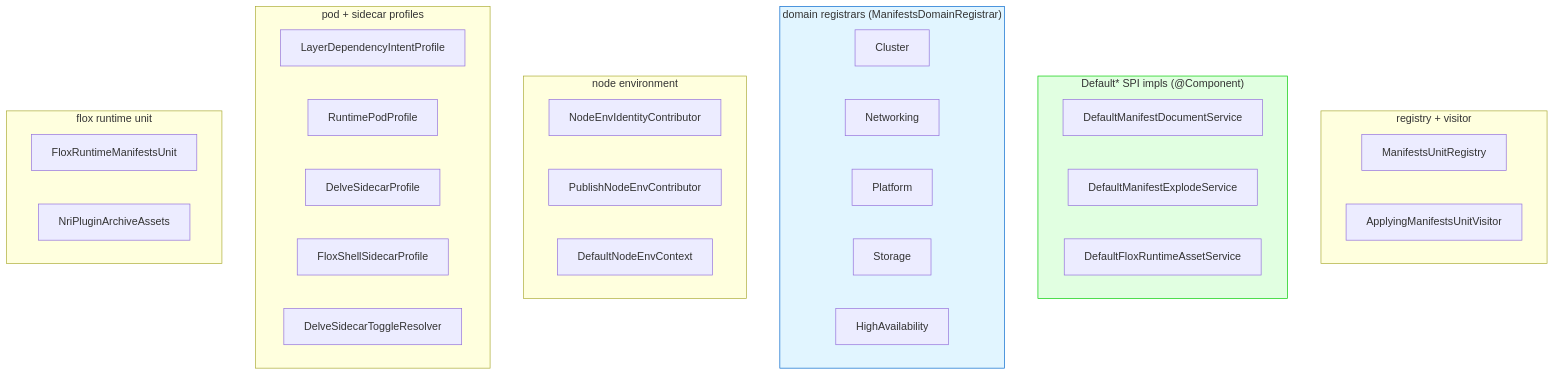
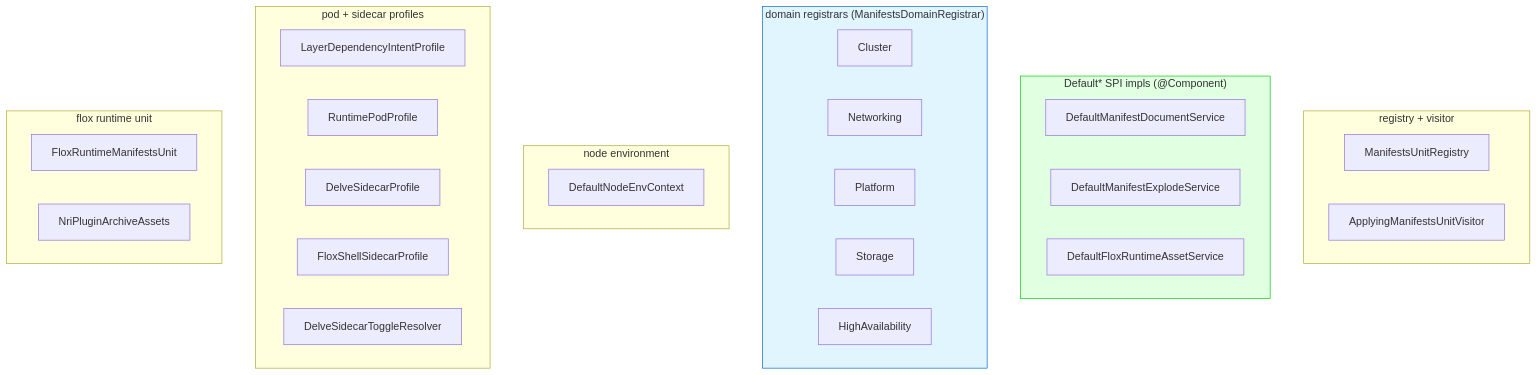
The sixth of 6 diagrams in docs/architecture/manifests/manifests-architecture.adoc (nxmatic/rke2lab), drawn with Mermaid before and after one commit. The commit also changed other lines of this file and 114 other files, not shown here.

```diff
--- a/docs/architecture/manifests/manifests-architecture.adoc
+++ b/docs/architecture/manifests/manifests-architecture.adoc
@@ -634,38 +536,36 @@
 [mermaid]
 ----
 graph TB
     subgraph reg["registry + visitor"]
       RG["ManifestsUnitRegistry"]
       VIS["ApplyingManifestsUnitVisitor"]
     end
     subgraph svc["Default* SPI impls (@Component)"]
       DDOC["DefaultManifestDocumentService"]
       DEXP["DefaultManifestExplodeService"]
       DFLOX["DefaultFloxRuntimeAssetService"]
     end
     subgraph regs["domain registrars (ManifestsDomainRegistrar)"]
       RC["Cluster"]
       RN["Networking"]
       RP["Platform"]
       RS["Storage"]
       RH["HighAvailability"]
     end
     subgraph node["node environment"]
-      NIC["NodeEnvIdentityContributor"]
-      PNEC["PublishNodeEnvContributor"]
       DNEC["DefaultNodeEnvContext"]
     end
     subgraph prof["pod + sidecar profiles"]
       LDIP["LayerDependencyIntentProfile"]
       RPP["RuntimePodProfile"]
       DSP["DelveSidecarProfile"]
       FSSP["FloxShellSidecarProfile"]
       DSTR["DelveSidecarToggleResolver"]
     end
     subgraph flox["flox runtime unit"]
       FRMU["FloxRuntimeManifestsUnit"]
       NRI["NriPluginArchiveAssets"]
     end
     style svc fill:#e1ffe1,stroke:#00cc00
     style regs fill:#e1f5ff,stroke:#0066cc
 ----
```
